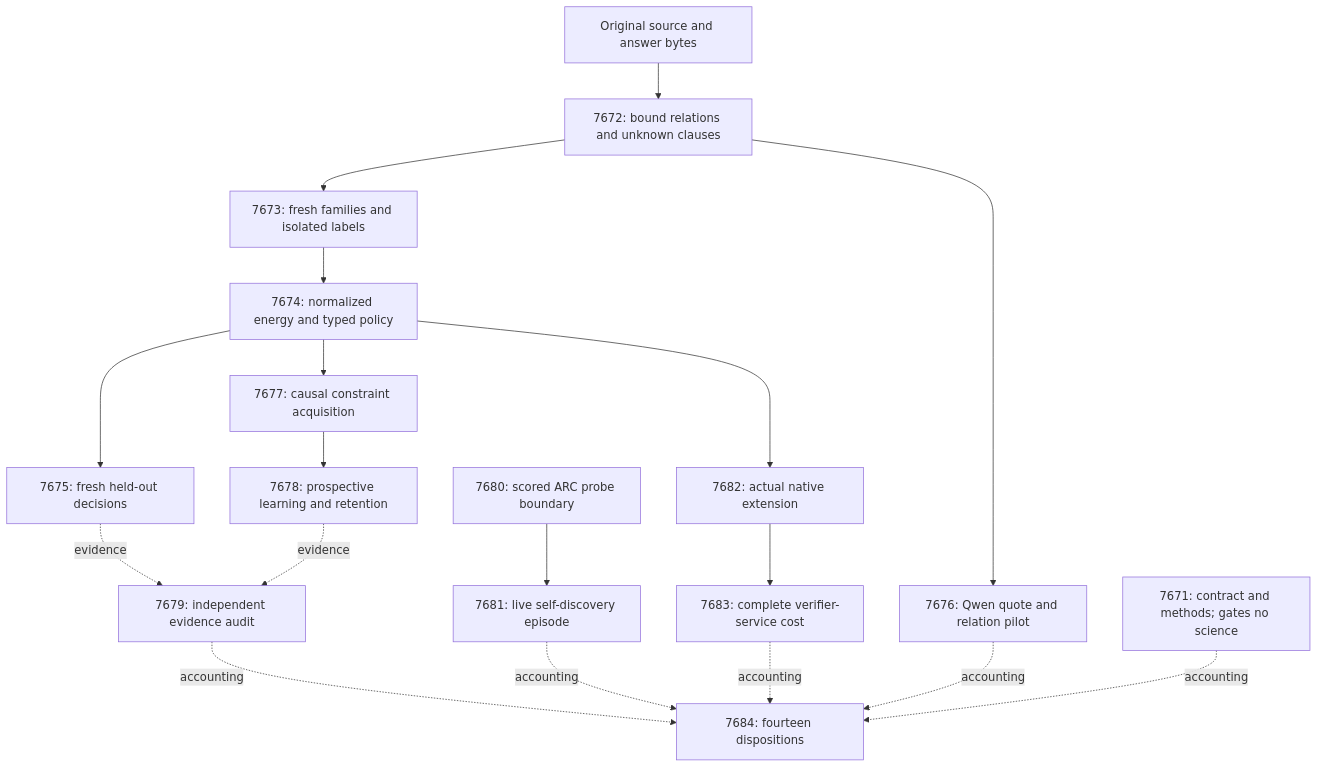
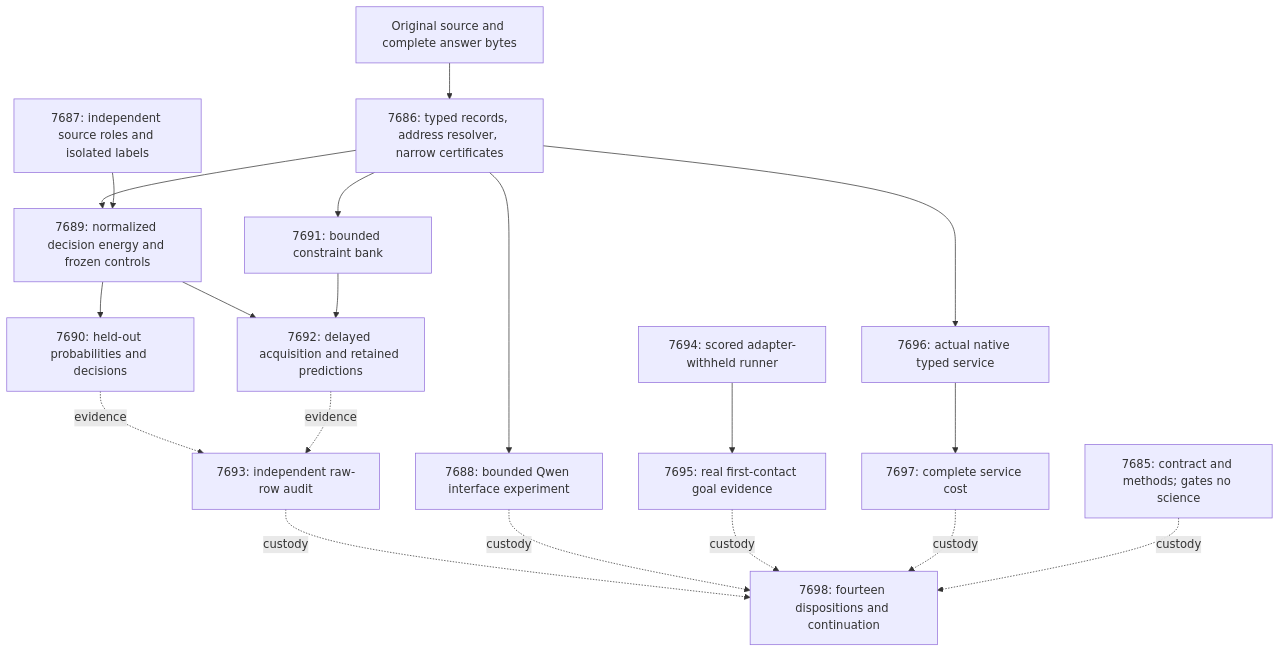
One commit to Carnot-EBM/carnot-ebm changed the diagram in openspec/change-proposals/research-roadmap-vNEXT.md. Above: the diagram before and after it, drawn with Mermaid. The commit also changed other lines of this file and 17 other files, not shown here.

````diff
--- a/openspec/change-proposals/research-roadmap-vNEXT.md
+++ b/openspec/change-proposals/research-roadmap-vNEXT.md
@@ -96,29 +102,33 @@
 ```mermaid
 flowchart TD
-    S[Original source and answer bytes]
-    B[7672: bound relations and unknown clauses]
-    D[7673: fresh families and isolated labels]
-    H[7674: normalized energy and typed policy]
-    E[7675: fresh held-out decisions]
-    Q[7676: Qwen quote and relation pilot]
-    P[7677: causal constraint acquisition]
-    L[7678: prospective learning and retention]
-    A[7679: independent evidence audit]
-    G[7680: scored ARC probe boundary]
-    V[7681: live self-discovery episode]
-    N[7682: actual native extension]
-    C[7683: complete verifier-service cost]
-    R[7684: fourteen dispositions]
-    S --> B --> D --> H --> E
-    B --> Q
-    H --> P --> L
-    E -. evidence .-> A
+    S[Original source and complete answer bytes]
+    R[7686: typed records, address resolver, narrow certificates]
+    C[7687: independent source roles and isolated labels]
+    Q[7688: bounded Qwen interface experiment]
+    E[7689: normalized decision energy and frozen controls]
+    D[7690: held-out probabilities and decisions]
+    B[7691: bounded constraint bank]
+    L[7692: delayed acquisition and retained predictions]
+    A[7693: independent raw-row audit]
+    U[7694: scored adapter-withheld runner]
+    V[7695: real first-contact goal evidence]
+    N[7696: actual native typed service]
+    T[7697: complete service cost]
+    K[7698: fourteen dispositions and continuation]
+    S --> R
+    R --> Q
+    R --> E
+    C --> E --> D
+    R --> B
+    E --> L
+    B --> L
+    D -. evidence .-> A
     L -. evidence .-> A
-    G --> V
-    H --> N --> C
-    A -. accounting .-> R
-    Q -. accounting .-> R
-    V -. accounting .-> R
-    C -. accounting .-> R
-    M[7671: contract and methods; gates no science] -. accounting .-> R
+    U --> V
+    R --> N --> T
+    A -. custody .-> K
+    Q -. custody .-> K
+    V -. custody .-> K
+    T -. custody .-> K
+    M[7685: contract and methods; gates no science] -. custody .-> K
 ```
````
